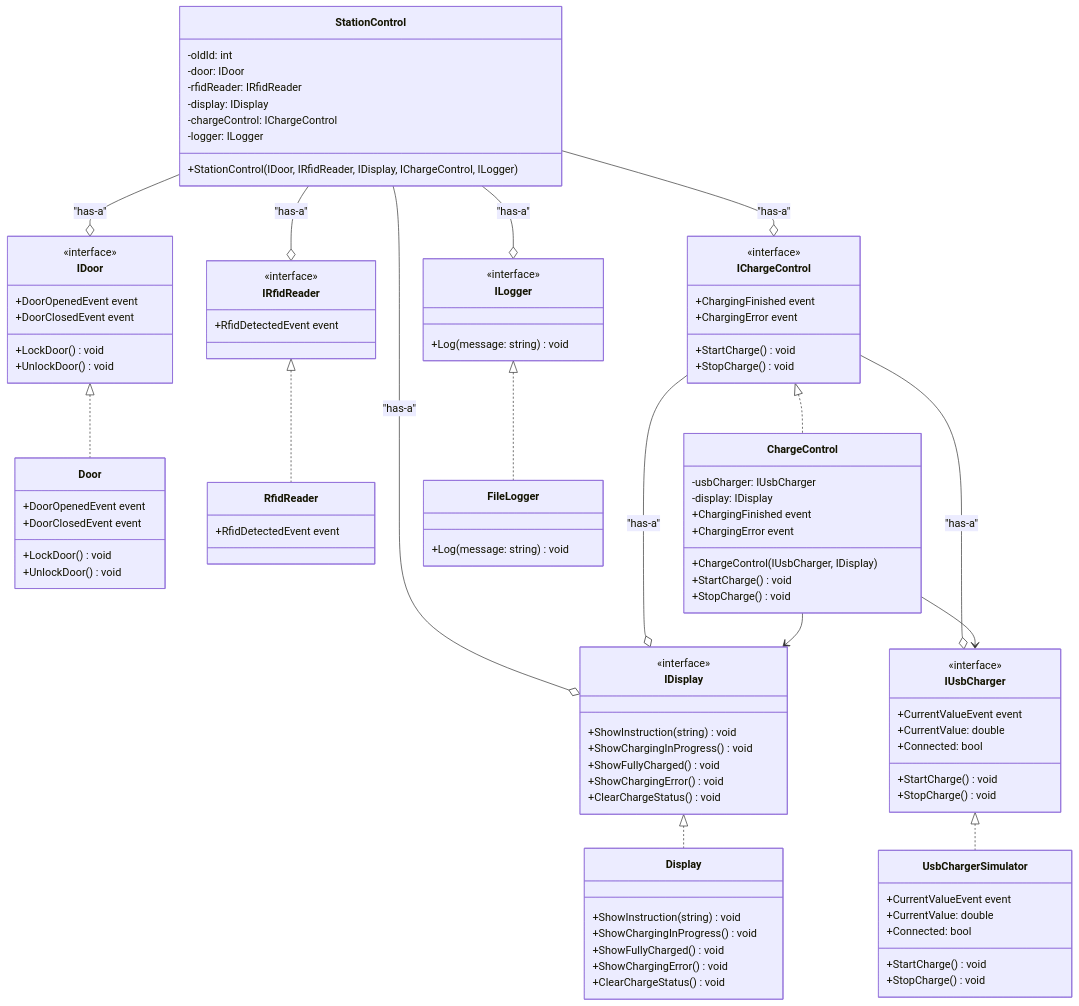
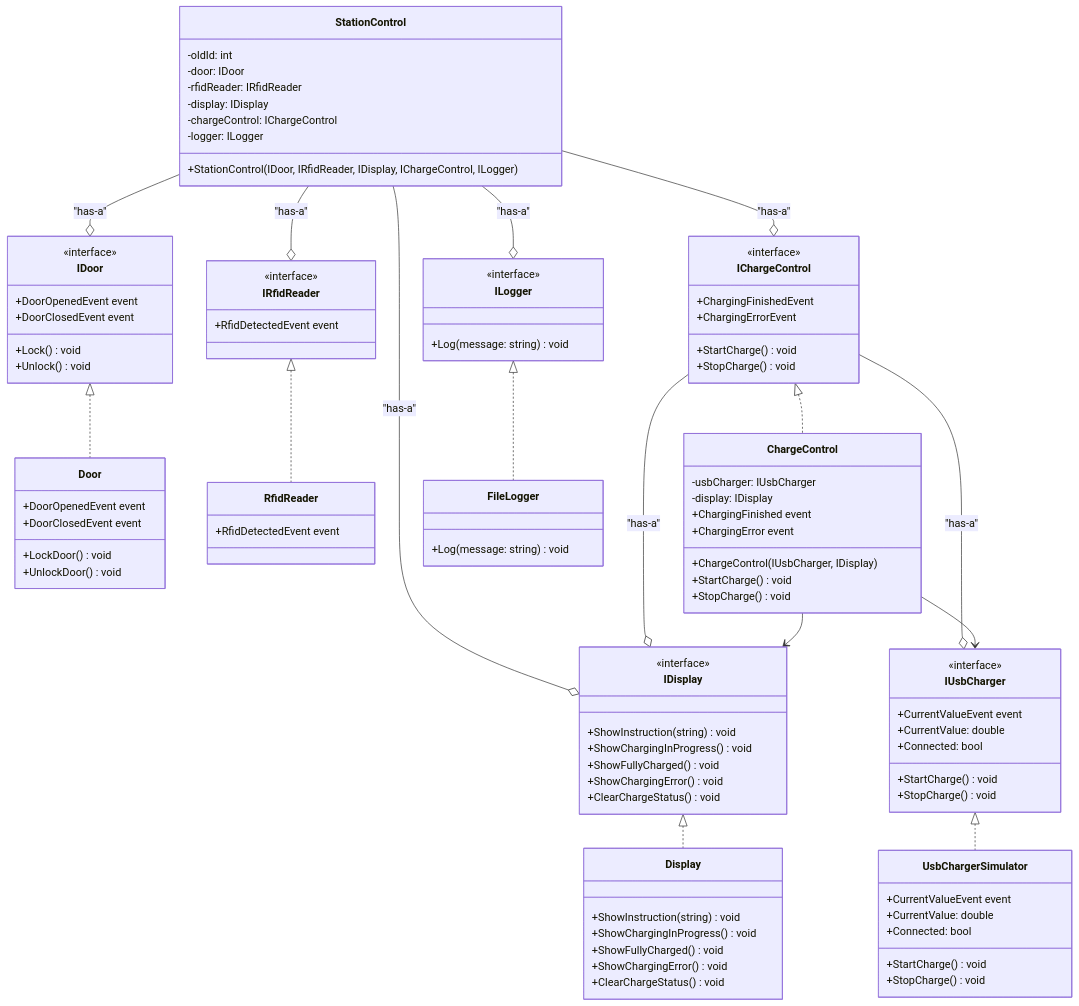
Before and after one commit to Thyge1232/LadeskabApp: the diagram in Docs/Klassediagram.md, drawn with Mermaid. The commit also changed 1 other file, not shown here.

Commit message:
Opdateret diagrammer  + afslutttende logging

```diff
--- a/Docs/Klassediagram.md
+++ b/Docs/Klassediagram.md
@@ -18,8 +18,8 @@
         <<interface>>
         +DoorOpenedEvent event
         +DoorClosedEvent event
-        +LockDoor() void
-        +UnlockDoor() void
+        +Lock() void
+        +Unlock() void
     }
     
     class IRfidReader {
@@ -38,8 +38,8 @@
     
     class IChargeControl {
         <<interface>>
-        +ChargingFinished event
-        +ChargingError event
+        +ChargingFinishedEvent
+        +ChargingErrorEvent
         +StartCharge() void
         +StopCharge() void
     }
```
